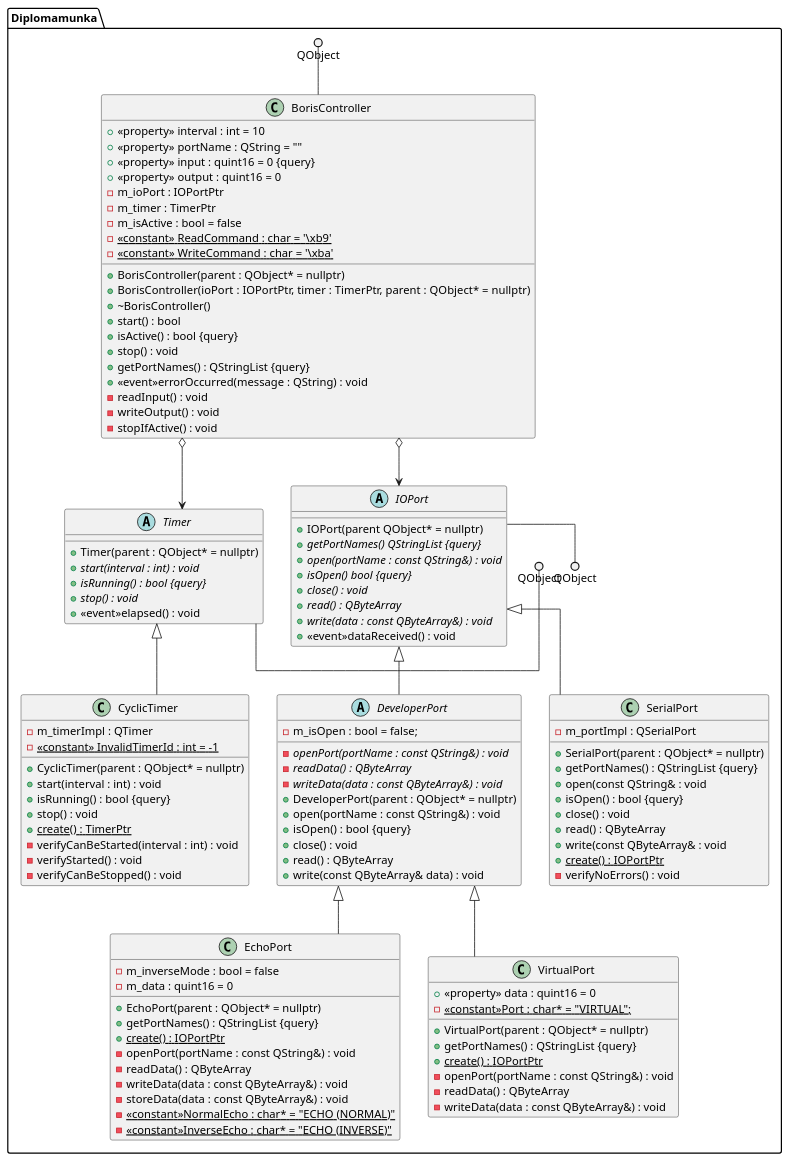
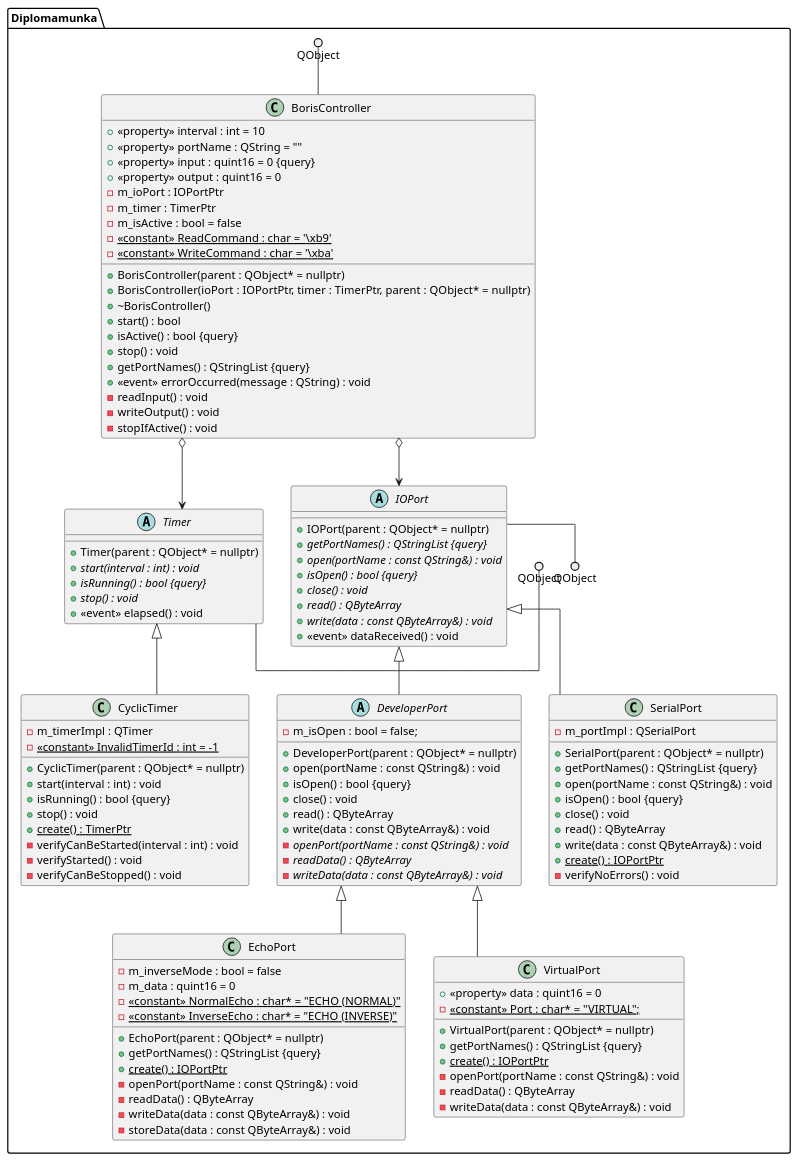
One commit to Ethax/diplomamunka changed the diagram in fake-boris/design/BorisAccess.wsd. Above: the diagram before and after it, drawn with PlantUML. The commit also changed 2 other files, not shown here.

```diff
--- a/fake-boris/design/BorisAccess.wsd
+++ b/fake-boris/design/BorisAccess.wsd
@@ -1,130 +1,130 @@
 @startuml BorisAccess
 skinparam linetype ortho
 
 namespace Diplomamunka {
 
 class BorisController
 {
     +<<property>> interval : int = 10
     +<<property>> portName : QString = ""
     +<<property>> input : quint16 = 0 {query}
     +<<property>> output : quint16 = 0
     +BorisController(parent : QObject* = nullptr)
     +BorisController(ioPort : IOPortPtr, timer : TimerPtr, parent : QObject* = nullptr)
     +~BorisController()
     +start() : bool
     +isActive() : bool {query}
     +stop() : void
     +getPortNames() : QStringList {query}
-    +<<event>>errorOccurred(message : QString) : void
+    +<<event>> errorOccurred(message : QString) : void
     -readInput() : void
     -writeOutput() : void
     -stopIfActive() : void
     -m_ioPort : IOPortPtr
     -m_timer : TimerPtr
     -m_isActive : bool = false
     -{static}<<constant>> ReadCommand : char = '\xb9'
     -{static}<<constant>> WriteCommand : char = '\xba'
 }
 
 QObject ()-- BorisController
 
 abstract class Timer
 {
     +Timer(parent : QObject* = nullptr)
     +{abstract}start(interval : int) : void
     +{abstract}isRunning() : bool {query}
     +{abstract}stop() : void
-    +<<event>>elapsed() : void
+    +<<event>> elapsed() : void
 }
 
 QObject ()- Timer
 BorisController o--> Timer
 
 abstract class IOPort
 {
-    +IOPort(parent QObject* = nullptr)
-    +{abstract}getPortNames() QStringList {query}
+    +IOPort(parent : QObject* = nullptr)
+    +{abstract}getPortNames() : QStringList {query}
     +{abstract}open(portName : const QString&) : void
-    +{abstract}isOpen() bool {query}
+    +{abstract}isOpen() : bool {query}
     +{abstract}close() : void
     +{abstract}read() : QByteArray
     +{abstract}write(data : const QByteArray&) : void
-    +<<event>>dataReceived() : void
+    +<<event>> dataReceived() : void
 }
 
 IOPort -() QObject
 BorisController o--> IOPort
 
 class CyclicTimer extends Timer
 {
     +CyclicTimer(parent : QObject* = nullptr)
     +start(interval : int) : void
     +isRunning() : bool {query}
     +stop() : void
     +{static}create() : TimerPtr
     -verifyCanBeStarted(interval : int) : void
     -verifyStarted() : void
     -verifyCanBeStopped() : void
     -m_timerImpl : QTimer
     -{static}<<constant>> InvalidTimerId : int = -1
 }
 
 class SerialPort extends IOPort
 {
     +SerialPort(parent : QObject* = nullptr)
     +getPortNames() : QStringList {query}
-    +open(const QString& : void
+    +open(portName : const QString&) : void
     +isOpen() : bool {query}
     +close() : void
     +read() : QByteArray
-    +write(const QByteArray& : void
+    +write(data : const QByteArray&) : void
     +{static}create() : IOPortPtr
     -verifyNoErrors() : void
     -m_portImpl : QSerialPort
 }
 
 abstract class DeveloperPort extends IOPort
 {
-    -{abstract}openPort(portName : const QString&) : void
-    -{abstract}readData() : QByteArray
-    -{abstract}writeData(data : const QByteArray&) : void
     +DeveloperPort(parent : QObject* = nullptr)
     +open(portName : const QString&) : void
     +isOpen() : bool {query}
     +close() : void
     +read() : QByteArray
-    +write(const QByteArray& data) : void
+    +write(data : const QByteArray&) : void
+    -{abstract}openPort(portName : const QString&) : void
+    -{abstract}readData() : QByteArray
+    -{abstract}writeData(data : const QByteArray&) : void
     -m_isOpen : bool = false;
 }
 
 class EchoPort extends DeveloperPort
 {
     +EchoPort(parent : QObject* = nullptr)
     +getPortNames() : QStringList {query}
     +{static}create() : IOPortPtr
     -openPort(portName : const QString&) : void
     -readData() : QByteArray
     -writeData(data : const QByteArray&) : void
     -storeData(data : const QByteArray&) : void
     -m_inverseMode : bool = false
     -m_data : quint16 = 0
-    -{static}<<constant>>NormalEcho : char* = "ECHO (NORMAL)"
-    -{static}<<constant>>InverseEcho : char* = "ECHO (INVERSE)"
+    -{static}{field}<<constant>> NormalEcho : char* = "ECHO (NORMAL)"
+    -{static}{field}<<constant>> InverseEcho : char* = "ECHO (INVERSE)"
 }
 
 class VirtualPort extends DeveloperPort
 {
     +<<property>> data : quint16 = 0
     +VirtualPort(parent : QObject* = nullptr)
     +getPortNames() : QStringList {query}
     +{static}create() : IOPortPtr
     -openPort(portName : const QString&) : void
     -readData() : QByteArray
     -writeData(data : const QByteArray&) : void
-    -{static}<<constant>>Port : char* = "VIRTUAL";
+    -{static}<<constant>> Port : char* = "VIRTUAL";
 }
 
 }
 
 @enduml
```
